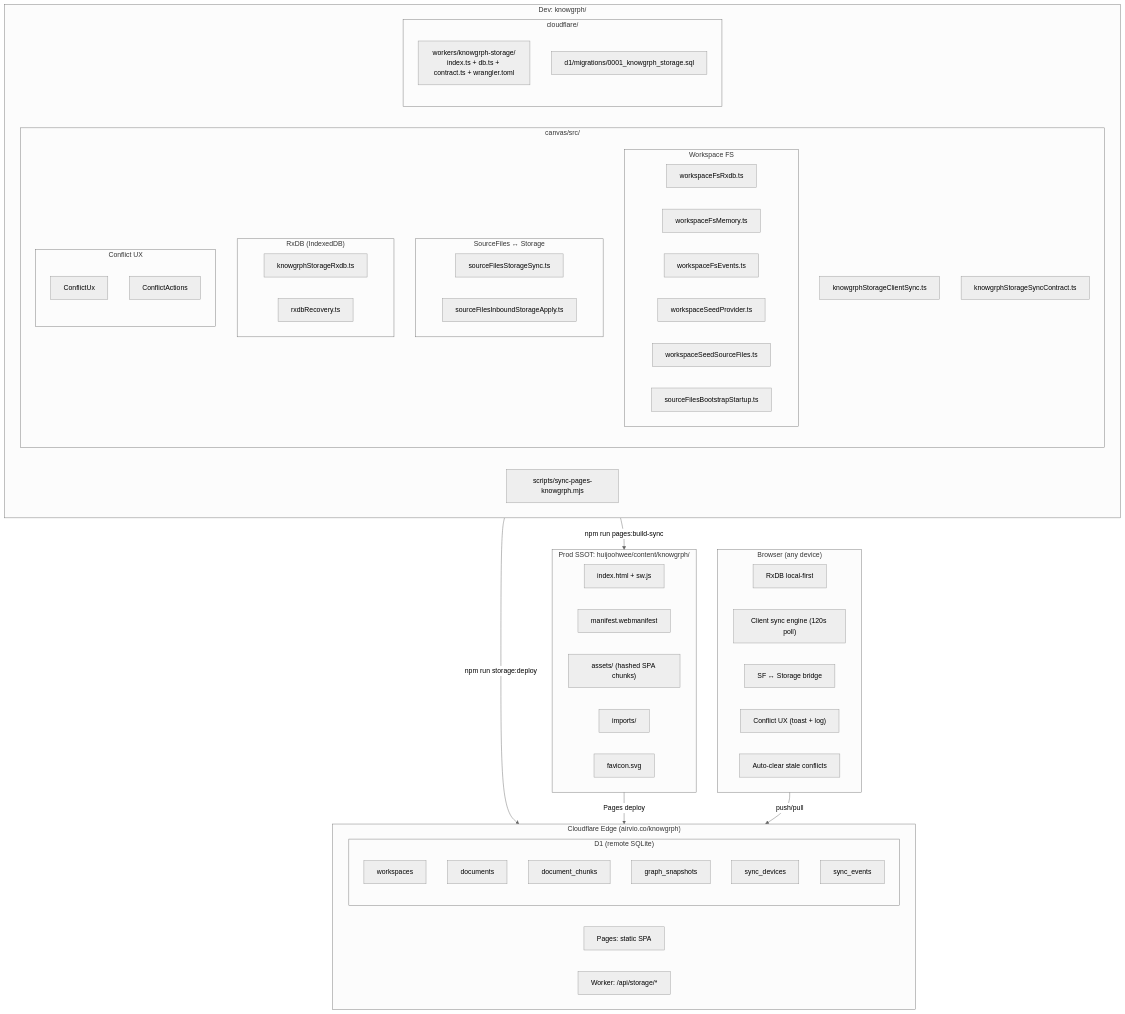
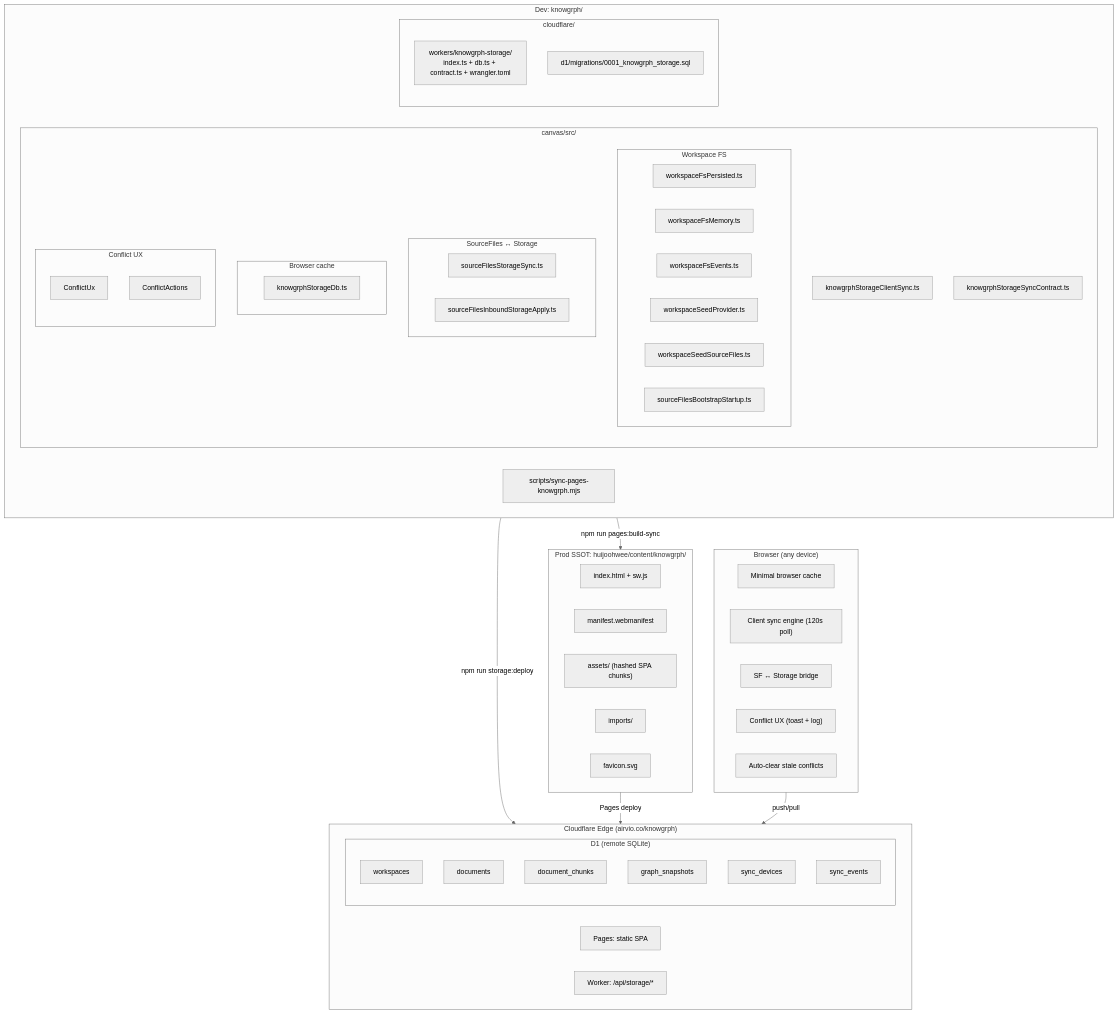
The first of 2 diagrams in docs/documents/knowgrph-storage-sync-document.md (huijoohwee/knowgrph), drawn with Mermaid (neutral theme) before and after one commit. The commit also changed other lines of this file and 107 other files, not shown here.

First line of the commit message:
refactor: replace RxDB with minimal persisted cache storage

````diff
--- a/docs/documents/knowgrph-storage-sync-document.md
+++ b/docs/documents/knowgrph-storage-sync-document.md
@@ -63,70 +63,69 @@
 ```mermaid
 flowchart TB
     subgraph Dev["Dev: knowgrph/"]
         subgraph canvas["canvas/src/"]
             subgraph fs["Workspace FS"]
-                fsRxdb["workspaceFsRxdb.ts"]
+                fsPersisted["workspaceFsPersisted.ts"]
                 fsMem["workspaceFsMemory.ts"]
                 fsEvt["workspaceFsEvents.ts"]
                 seed["workspaceSeedProvider.ts"]
                 seedSF["workspaceSeedSourceFiles.ts"]
                 boot["sourceFilesBootstrapStartup.ts"]
             end
             subgraph bridge["SourceFiles ↔ Storage"]
                 sfSync["sourceFilesStorageSync.ts"]
                 sfInbound["sourceFilesInboundStorageApply.ts"]
             end
-            subgraph rxdb["RxDB (IndexedDB)"]
-                storageRxdb["knowgrphStorageRxdb.ts"]
-                recovery["rxdbRecovery.ts"]
+            subgraph browserCache["Browser cache"]
+                storageDb["knowgrphStorageDb.ts"]
             end
             syncEngine["knowgrphStorageClientSync.ts"]
             contract["knowgrphStorageSyncContract.ts"]
             subgraph conflict["Conflict UX"]
                 conflictUx["ConflictUx"]
                 conflictAct["ConflictActions"]
             end
         end
         subgraph cf["cloudflare/"]
             worker["workers/knowgrph-storage/<br/>index.ts + db.ts + contract.ts + wrangler.toml"]
             migration["d1/migrations/0001_knowgrph_storage.sql"]
         end
         scripts["scripts/sync-pages-knowgrph.mjs"]
     end
 
     Dev -->|"npm run pages:build-sync"| ProdSSOT
     Dev -->|"npm run storage:deploy"| Edge
 
     subgraph ProdSSOT["Prod SSOT: huijoohwee/content/knowgrph/"]
         index["index.html + sw.js"]
         manifest["manifest.webmanifest"]
         assets["assets/ (hashed SPA chunks)"]
         data["imports/"]
         favicon["favicon.svg"]
     end
 
     ProdSSOT -->|"Pages deploy"| Edge
 
     subgraph Edge["Cloudflare Edge (airvio.co/knowgrph)"]
         pages["Pages: static SPA"]
         workerDeployed["Worker: /api/storage/*"]
         subgraph d1r["D1 (remote SQLite)"]
             r1["workspaces"]
             r2["documents"]
             r3["document_chunks"]
             r4["graph_snapshots"]
             r5["sync_devices"]
             r6["sync_events"]
         end
     end
 
     subgraph Browser["Browser (any device)"]
-        brxdb["RxDB local-first"]
+        bcache["Minimal browser cache"]
         bsync["Client sync engine (120s poll)"]
         bbridge["SF ↔ Storage bridge"]
         bconflict["Conflict UX (toast + log)"]
         bautoClear["Auto-clear stale conflicts"]
     end
 
     Browser -->|"push/pull"| Edge
 ```
````
